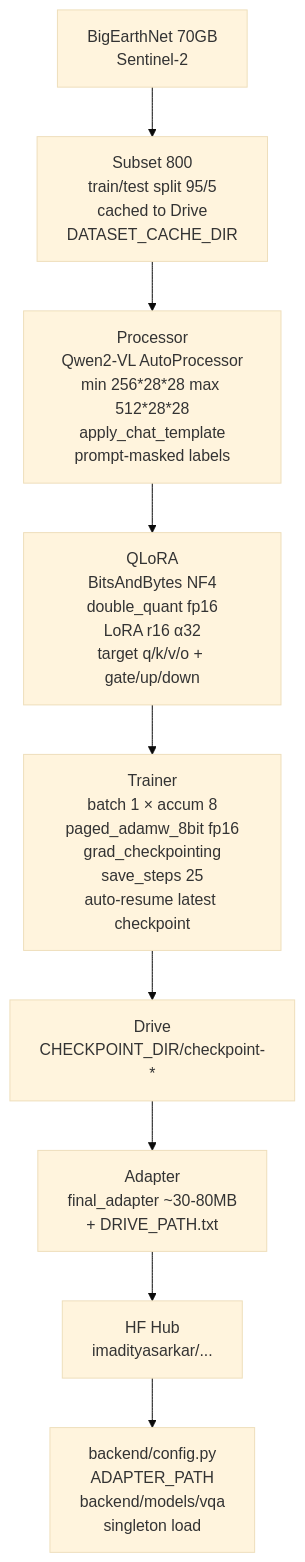
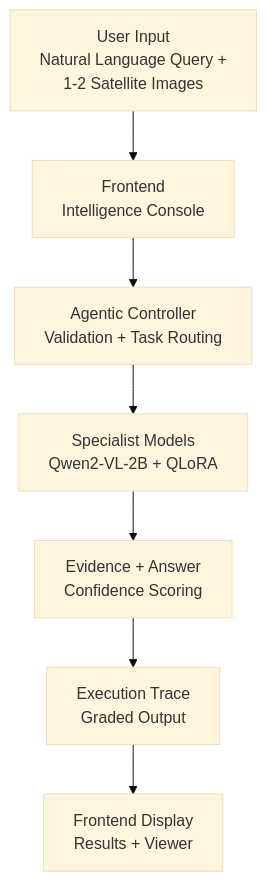
The diagram in README.md (awdtyo/SatQueryAI-SIH26), drawn with Mermaid (base theme) before and after one commit. The commit also changed other lines of this file, not shown here.

````diff
--- a/README.md
+++ b/README.md
@@ -67,11 +37,9 @@
 ```mermaid
 flowchart TD
-    BE[BigEarthNet 70GB<br/>Sentinel-2] --> SUB[Subset 800<br/>train/test split 95/5<br/>cached to Drive<br/>DATASET_CACHE_DIR]
-    SUB --> TOK[Processor<br/>Qwen2-VL AutoProcessor<br/>min 256*28*28 max 512*28*28<br/>apply_chat_template<br/>prompt-masked labels]
-    TOK --> QL[QLoRA<br/>BitsAndBytes NF4<br/>double_quant fp16<br/>LoRA r16 α32<br/>target q/k/v/o + gate/up/down]
-    QL --> TRN[Trainer<br/>batch 1 × accum 8<br/>paged_adamw_8bit fp16<br/>grad_checkpointing<br/>save_steps 25<br/>auto-resume latest checkpoint]
-    TRN --> CKPT[Drive<br/>CHECKPOINT_DIR/checkpoint-*]
-    CKPT --> ADP[Adapter<br/>final_adapter ~30-80MB<br/>+ DRIVE_PATH.txt]
-    ADP --> HUB[HF Hub<br/>imadityasarkar/...]
-    HUB --> CFG[backend/config.py<br/>ADAPTER_PATH<br/>backend/models/vqa<br/>singleton load]
+    A[User Input<br/>Natural Language Query +<br/>1-2 Satellite Images] --> B[Frontend<br/>Intelligence Console]
+    B --> C[Agentic Controller<br/>Validation + Task Routing]
+    C --> D[Specialist Models<br/>Qwen2-VL-2B + QLoRA]
+    D --> E[Evidence + Answer<br/>Confidence Scoring]
+    E --> F[Execution Trace<br/>Graded Output]
+    F --> G[Frontend Display<br/>Results + Viewer]
 ```
````
